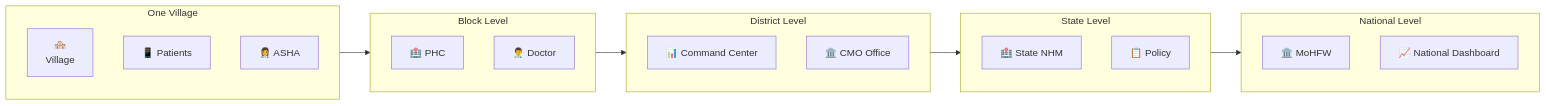
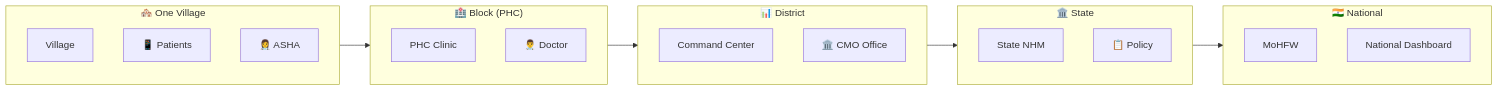
Before and after one commit to tejshveeyerpurwad-hash/mediflow-ai-agent: the fifth of 5 diagrams in README.md, drawn with Mermaid. The commit also changed other lines of this file and 8 other files, not shown here.

````diff
--- a/README.md
+++ b/README.md
@@ -958,33 +834,33 @@
 ```mermaid
 flowchart LR
-    subgraph Village["One Village"]
-        V["🏘️<br/>Village"]
+    subgraph Village["🏘️ One Village"]
+        V["Village"]
         P["📱 Patients"]
         A["👩‍⚕️ ASHA"]
     end
 
-    subgraph Block["Block Level"]
-        B["🏥 PHC"]
+    subgraph Block["🏥 Block (PHC)"]
+        B["PHC Clinic"]
         D["👨‍⚕️ Doctor"]
     end
 
-    subgraph District["District Level"]
-        DC["📊 Command Center"]
+    subgraph District["📊 District"]
+        DC["Command Center"]
         DH["🏛️ CMO Office"]
     end
 
-    subgraph State["State Level"]
-        SH["🏥 State NHM"]
+    subgraph State["🏛️ State"]
+        SH["State NHM"]
         SP["📋 Policy"]
     end
 
-    subgraph National["National Level"]
-        NM["🏛️ MoHFW"]
-        ND["📈 National Dashboard"]
+    subgraph National["🇮🇳 National"]
+        NM["MoHFW"]
+        ND["National Dashboard"]
     end
 
     Village --> Block
     Block --> District
     District --> State
     State --> National
 ```
````
